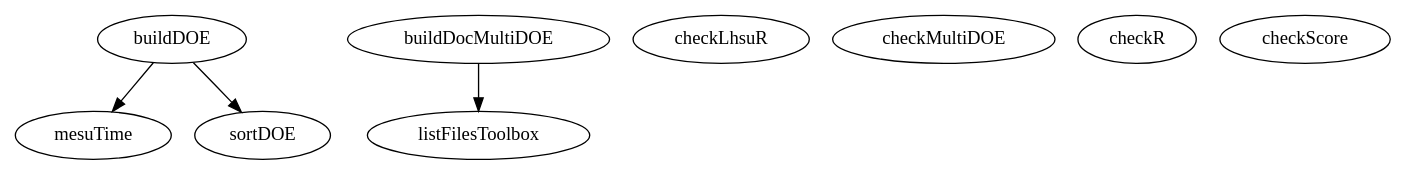
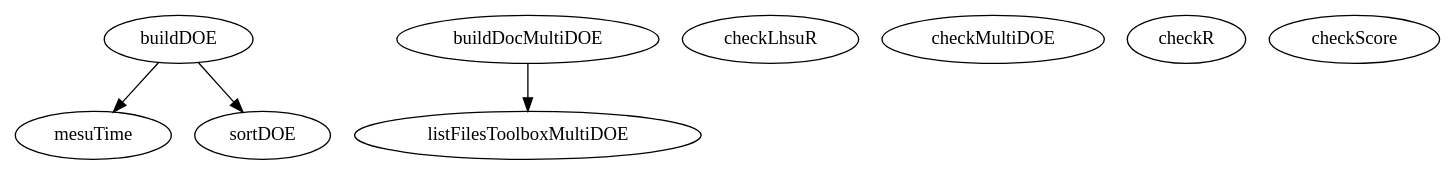
The diagram in doc/MultiDOE/src/various/graph.dot (luclaurent/MultiDOE), drawn with Graphviz before and after one commit. The commit also changed 71 other files, not shown here.

```diff
--- a/doc/MultiDOE/src/various/graph.dot
+++ b/doc/MultiDOE/src/various/graph.dot
@@ -1,16 +1,16 @@
 /* Created by mdot for Matlab */
 digraph m2html {
   buildDOE -> mesuTime;
   buildDOE -> sortDOE;
-  buildDocMultiDOE -> listFilesToolbox;
+  buildDocMultiDOE -> listFilesToolboxMultiDOE;
 
   buildDOE [URL="buildDOE.html"];
   buildDocMultiDOE [URL="buildDocMultiDOE.html"];
   checkLhsuR [URL="checkLhsuR.html"];
   checkMultiDOE [URL="checkMultiDOE.html"];
   checkR [URL="checkR.html"];
   checkScore [URL="checkScore.html"];
-  listFilesToolbox [URL="listFilesToolbox.html"];
+  listFilesToolboxMultiDOE [URL="listFilesToolboxMultiDOE.html"];
   mesuTime [URL="mesuTime.html"];
   sortDOE [URL="sortDOE.html"];
 }
```
